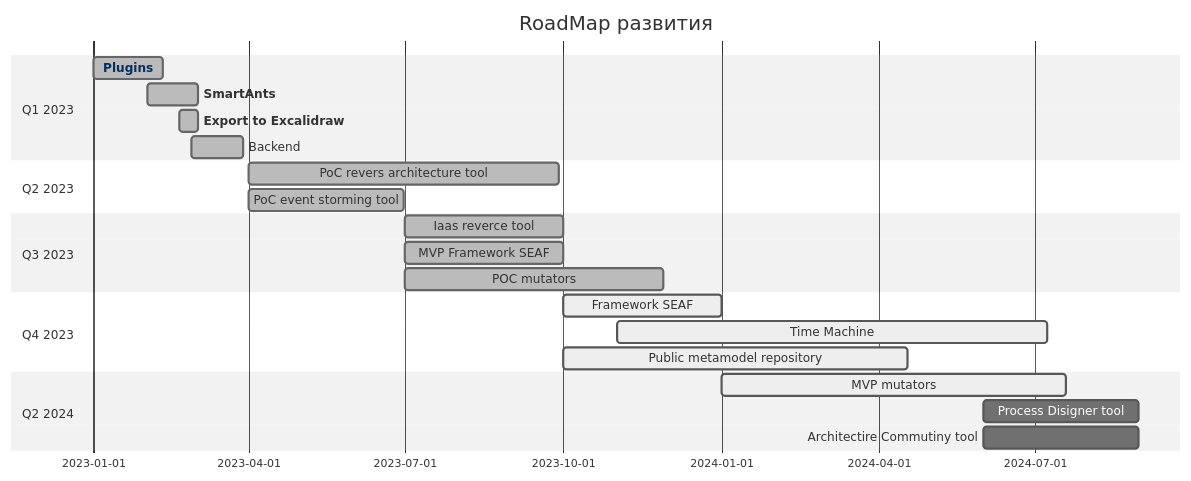
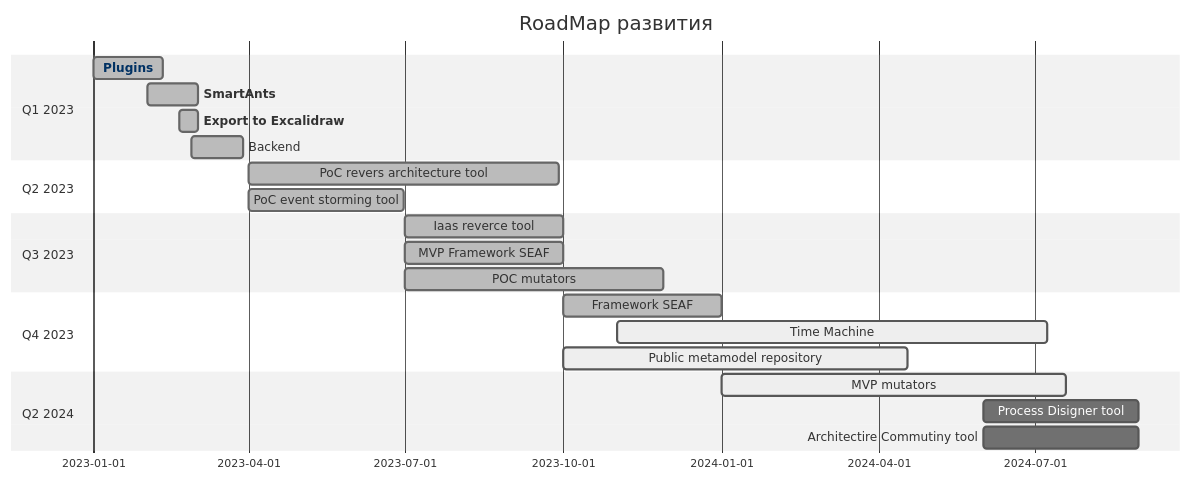
The diagram in README.md (vontikov/dochub), drawn with Mermaid (neutral theme) before and after one commit.

Commit message:
Исправлен RoadMap

````diff
--- a/README.md
+++ b/README.md
@@ -44,29 +44,29 @@
 ```mermaid
 gantt
     title RoadMap развития
     dateFormat  YYYY-MM
     section Q1 2023
         Plugins                      :done, plugins, 2023-01-01, 40d
         SmartAnts                    :done, smartants, 2023-02-01, 30d
         Export to Excalidraw         :done, exportexc, 2023-02-20, 11d
         Backend                      :done, 2023-02-27, 30d
     section Q2 2023
         PoC revers architecture tool    :done, 2023-04-01, 180d
         PoC event storming tool         :done, 2023-04-01, 90d
     section Q3 2023
         Iaas reverce tool           :done, 2023-07-01, 92d
         MVP Framework SEAF          :done, 2023-07-01, 92d
         POC mutators                :done, 2023-07-01, 150d
     section Q4 2023
-        Framework SEAF              :active, 2023-10-01, 92d
+        Framework SEAF              :done, 2023-10-01, 92d
         Time Machine                :active, 2023-11-01, 250d
         Public metamodel repository :active, 2023-10-01, 200d
     section Q2 2024
         MVP mutators                :active, 2024-01-01, 200d
         Process Disigner tool       :2024-06-01, 90d
         Architectire Commutiny tool :2024-06-01, 90d
 
 click plugins href "https://dochub.info/docs/dochub.plugins.intro"
 click smartants href "https://dochub.info/docs/dochub.smartants"
 click exportexc href "https://dochub.info/docs/dochub.smartants#%D0%BF%D1%80%D0%BE%D1%81%D1%82%D0%B5%D0%B9%D1%88%D0%B5%D0%B5-%D0%BF%D1%80%D0%B5%D0%B4%D1%81%D1%82%D0%B0%D0%B2%D0%BB%D0%B5%D0%BD%D0%B8%D0%B5"
 ```
````
